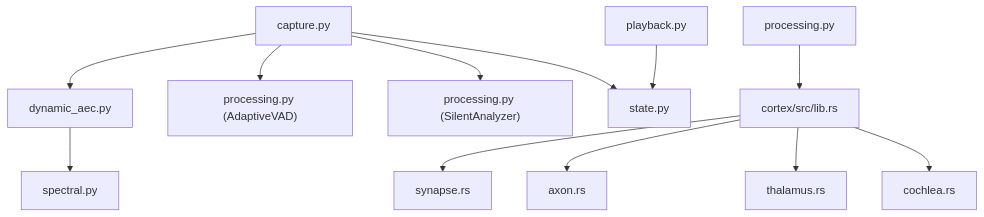
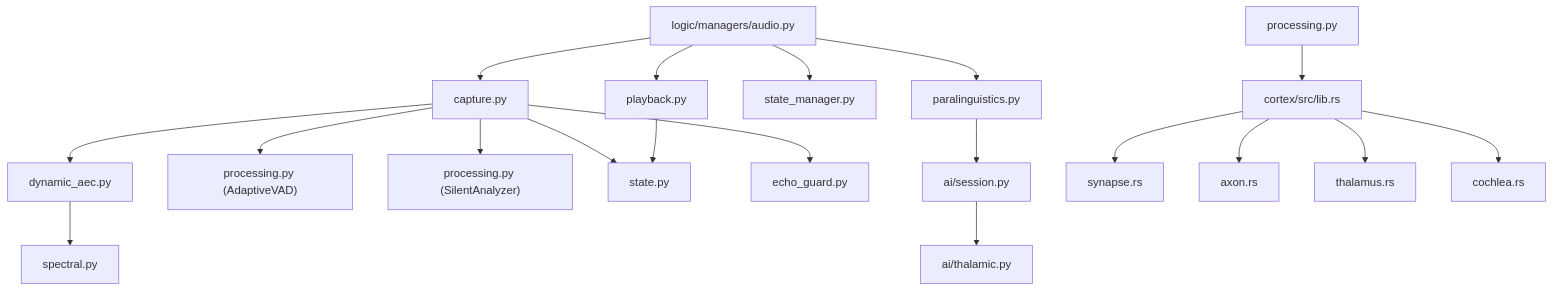
One commit to Moeabdelaziz007/Aether-Voice-OS changed diagram 12 of 12 in .qoder/repowiki/en/content/Audio Processing System/Audio Processing System.md. Above: the diagram before and after it, drawn with Mermaid. The commit also changed other lines of this file and 29 other files, not shown here.

````diff
--- a/.qoder/repowiki/en/content/Audio Processing System/Audio Processing System.md
+++ b/.qoder/repowiki/en/content/Audio Processing System/Audio Processing System.md
@@ -374,14 +585,21 @@
 ```mermaid
 graph TB
-CAP["capture.py"] --> AEC["dynamic_aec.py"]
+AM["logic/managers/audio.py"] --> CAP["capture.py"]
+AM --> PLAY["playback.py"]
+AM --> ASM["state_manager.py"]
+AM --> PA["paralinguistics.py"]
+CAP --> AEC["dynamic_aec.py"]
 CAP --> VAD["processing.py (AdaptiveVAD)"]
 CAP --> SA["processing.py (SilentAnalyzer)"]
 CAP --> AS["state.py"]
-PB["playback.py"] --> AS
+CAP --> END["echo_guard.py"]
+PLAY --> AS
 AEC --> SP["spectral.py"]
+PA --> GLS["ai/session.py"]
+GLS --> TG["ai/thalamic.py"]
 PYPROC["processing.py"] --> CR["cortex/src/lib.rs"]
 CR --> SYN["synapse.rs"]
 CR --> AX["axon.rs"]
 CR --> TH["thalamus.rs"]
 CR --> CO["cochlea.rs"]
 ```
````
